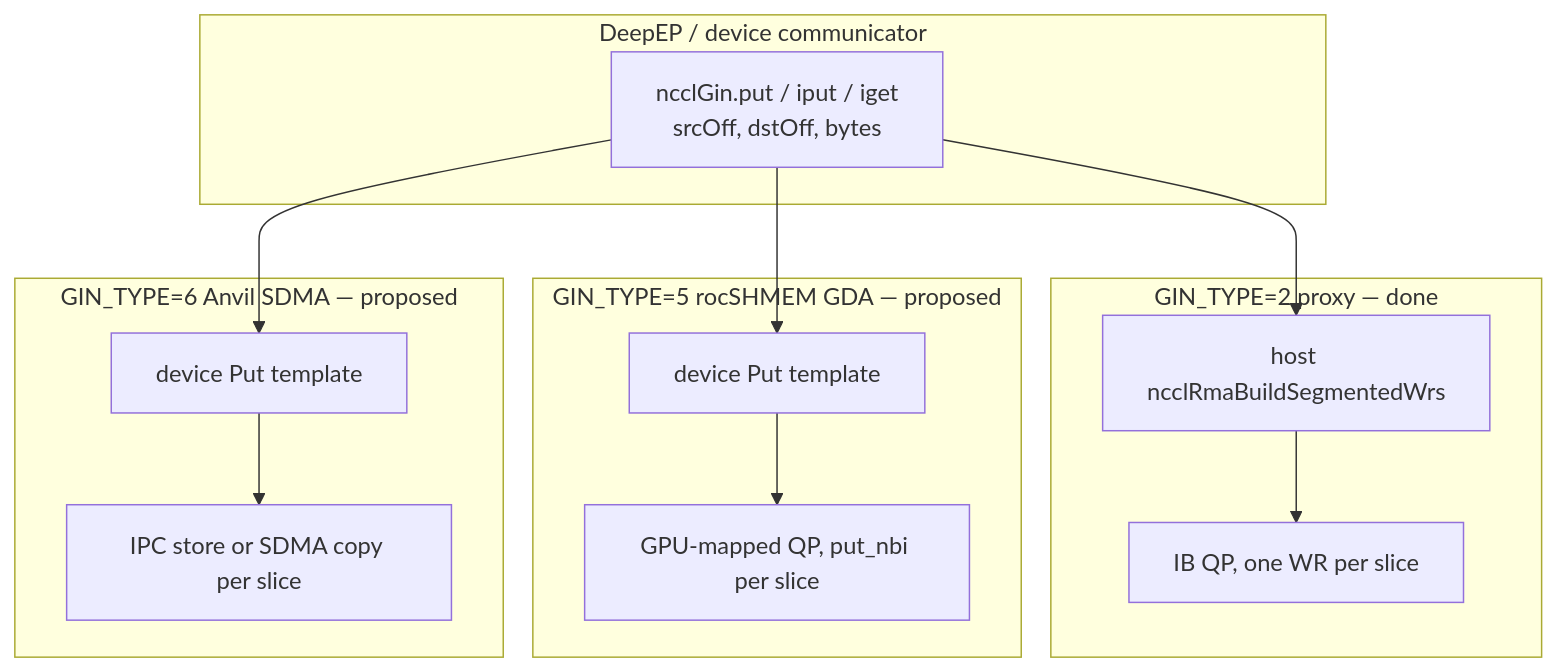
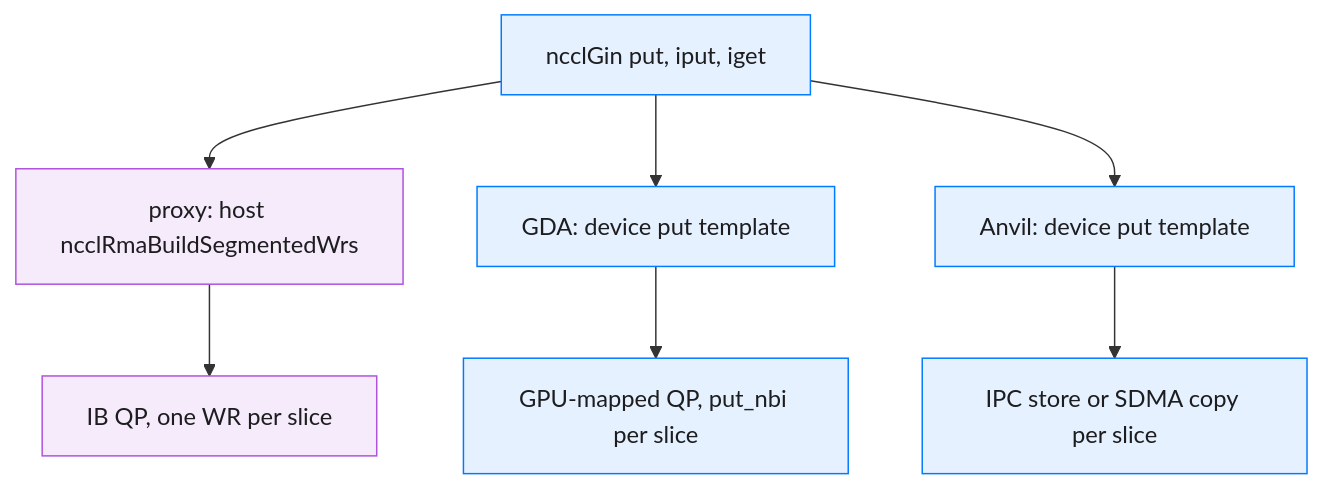
Before and after one commit to ROCm/rocm-systems: the first of 3 diagrams in projects/rccl/docs/design/multi_segment_gin_rocshmem_gda_and_anvil_sdma.md, drawn with Mermaid. The commit also changed other lines of this file and 18 other files, not shown here.

````diff
--- a/projects/rccl/docs/design/multi_segment_gin_rocshmem_gda_and_anvil_sdma.md
+++ b/projects/rccl/docs/design/multi_segment_gin_rocshmem_gda_and_anvil_sdma.md
@@ -34,21 +20,13 @@
 ```mermaid
 flowchart TB
-  subgraph App["DeepEP / device communicator"]
-    PUT["ncclGin.put / iput / iget<br/>srcOff, dstOff, bytes"]
-  end
-  subgraph Proxy["GIN_TYPE=2 proxy — done"]
-    H["host ncclRmaBuildSegmentedWrs"]
-    QP1["IB QP, one WR per slice"]
-  end
-  subgraph GDA["GIN_TYPE=5 rocSHMEM GDA — proposed"]
-    D5["device Put template"]
-    QP5["GPU-mapped QP, put_nbi per slice"]
-  end
-  subgraph Anvil["GIN_TYPE=6 Anvil SDMA — proposed"]
-    D6["device Put template"]
-    SD["IPC store or SDMA copy per slice"]
-  end
-  PUT --> H --> QP1
-  PUT --> D5 --> QP5
-  PUT --> D6 --> SD
+ put["ncclGin put, iput, iget"] --> h["proxy: host ncclRmaBuildSegmentedWrs"]
+ put --> d5["GDA: device put template"]
+ put --> d6["Anvil: device put template"]
+ h --> q1["IB QP, one WR per slice"]
+ d5 --> q5["GPU-mapped QP, put_nbi per slice"]
+ d6 --> sd["IPC store or SDMA copy per slice"]
+ classDef gin fill:#e5f1ff,stroke:#007aff,color:#1d1d1f
+ classDef rma fill:#f5ebfb,stroke:#af52de,color:#1d1d1f
+ class put,d5,d6,q5,sd gin
+ class h,q1 rma
 ```
````
